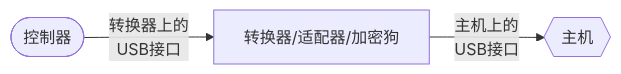
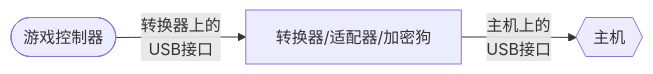
The second of 2 diagrams in i18n/zh/docusaurus-plugin-content-docs/current/faq/faq-console-compatibility.mdx (McGuffinCN/GP2040-CE-Site), drawn with Mermaid before and after one commit. The commit also changed other lines of this file and 38 other files, not shown here.

````diff
--- a/i18n/zh/docusaurus-plugin-content-docs/current/faq/faq-console-compatibility.mdx
+++ b/i18n/zh/docusaurus-plugin-content-docs/current/faq/faq-console-compatibility.mdx
@@ -42,4 +42,4 @@
 ```mermaid
 graph LR
-控制器([控制器]) -- 转换器上的 <br> USB接口 --> 转换器/适配器/加密狗 -- 主机上的 <br> USB接口 --> 主机{{主机}}
+游戏控制器([游戏控制器]) -- 转换器上的 <br> USB接口 --> 转换器/适配器/加密狗 -- 主机上的 <br> USB接口 --> 主机{{主机}}
 ```
````
